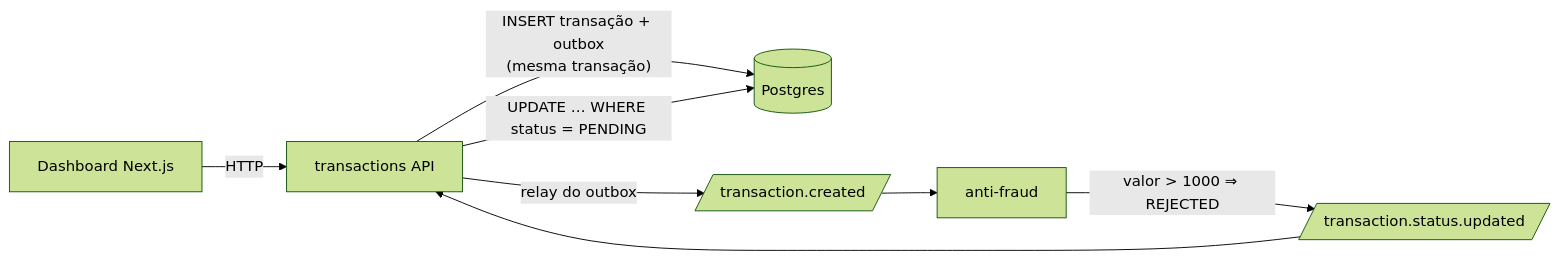
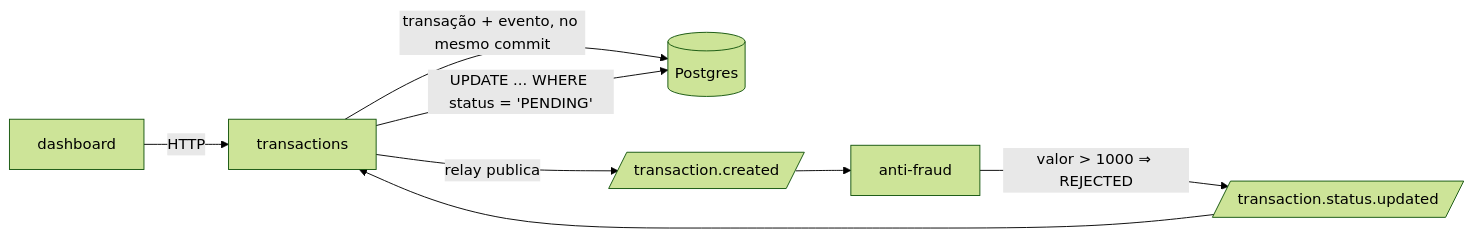
The diagram in README.md (mauricio-azevedo/tech-challenge), drawn with Mermaid (forest theme) before and after one commit. The commit also changed other lines of this file, not shown here.

````diff
--- a/README.md
+++ b/README.md
@@ -21,10 +33,10 @@
 ```mermaid
 flowchart LR
-  Web[Dashboard Next.js] -- HTTP --> API[transactions API]
-  API -- "INSERT transação + outbox\n(mesma transação)" --> DB[(Postgres)]
-  API -- "relay do outbox" --> K1[/transaction.created/]
-  K1 --> AF[anti-fraud]
-  AF -- "valor > 1000 ⇒ REJECTED" --> K2[/transaction.status.updated/]
-  K2 --> API
-  API -- "UPDATE … WHERE status = PENDING" --> DB
+  Web[dashboard] -- HTTP --> API[transactions]
+  API -- "transação + evento, no mesmo commit" --> DB[(Postgres)]
+  API -- "relay publica" --> T1[/transaction.created/]
+  T1 --> AF[anti-fraud]
+  AF -- "valor > 1000 ⇒ REJECTED" --> T2[/transaction.status.updated/]
+  T2 --> API
+  API -- "UPDATE ... WHERE status = 'PENDING'" --> DB
 ```
````
